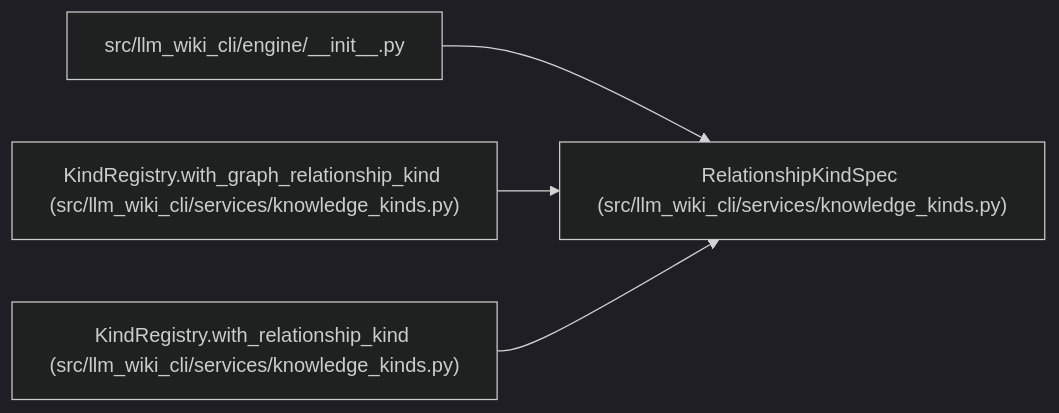
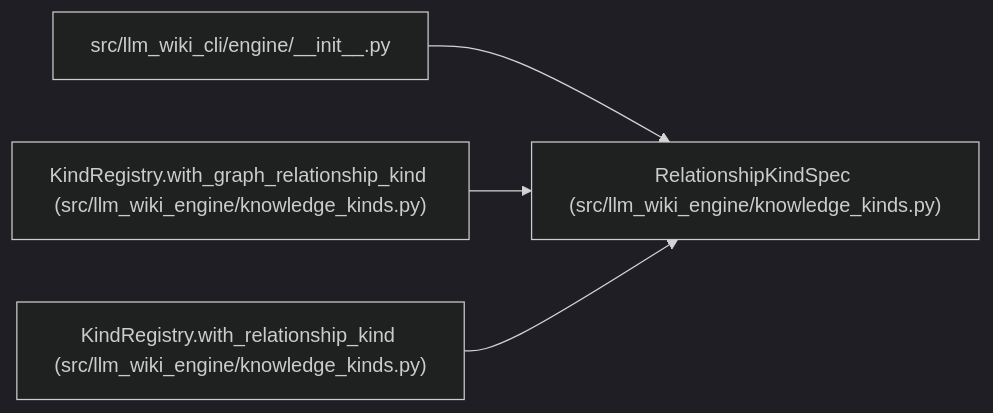
Before and after one commit to Denissvgn/python-wiki-llm: the diagram in docs/llm_wiki/entities/RelationshipKindSpec.md, drawn with Mermaid (dark theme). The commit also changed other lines of this file and 1058 other files, not shown here.

First line of the commit message:
docs: refresh the wiki for the knowledge store move

````diff
--- a/docs/llm_wiki/entities/RelationshipKindSpec.md
+++ b/docs/llm_wiki/entities/RelationshipKindSpec.md
@@ -30,14 +30,14 @@
 ```mermaid
 flowchart LR
-    n0["RelationshipKindSpec (src/llm_wiki_cli/services/knowledge_kinds.py)"]
+    n0["RelationshipKindSpec (src/llm_wiki_engine/knowledge_kinds.py)"]
     n1["src/llm_wiki_cli/engine/__init__.py"]
-    n2["KindRegistry.with_graph_relationship_kind (src/llm_wiki_cli/services/knowledge_kinds.py)"]
-    n3["KindRegistry.with_relationship_kind (src/llm_wiki_cli/services/knowledge_kinds.py)"]
+    n2["KindRegistry.with_graph_relationship_kind (src/llm_wiki_engine/knowledge_kinds.py)"]
+    n3["KindRegistry.with_relationship_kind (src/llm_wiki_engine/knowledge_kinds.py)"]
     n1 --> n0
     n2 --> n0
     n3 --> n0
     click n0 "../modules/knowledge_kinds.md"
     click n1 "../modules/engine___init__.md"
     click n2 "../modules/knowledge_kinds.md"
     click n3 "../modules/knowledge_kinds.md"
 ```
````
